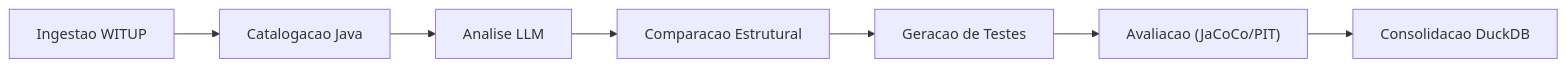
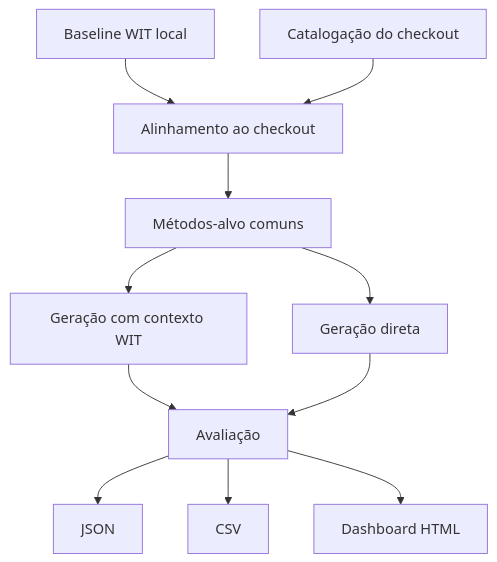
Before and after one commit to marcelomamorim/wit-llm: the diagram in docs/overview/index.md, drawn with Mermaid. The commit also changed other lines of this file and 140 other files, not shown here.

````diff
--- a/docs/overview/index.md
+++ b/docs/overview/index.md
@@ -11,9 +25,13 @@
 ```mermaid
-graph LR
-    A["Ingestao WITUP"] --> B["Catalogacao Java"]
-    B --> C["Analise LLM"]
-    C --> D["Comparacao Estrutural"]
-    D --> E["Geracao de Testes"]
-    E --> F["Avaliacao (JaCoCo/PIT)"]
-    F --> G["Consolidacao DuckDB"]
+graph TD
+    A["Baseline WIT local"] --> B["Alinhamento ao checkout"]
+    C["Catalogação do checkout"] --> B
+    B --> D["Métodos-alvo comuns"]
+    D --> E["Geração com contexto WIT"]
+    D --> F["Geração direta"]
+    E --> G["Avaliação"]
+    F --> G
+    G --> H["JSON"]
+    G --> I["CSV"]
+    G --> J["Dashboard HTML"]
 ```
````
